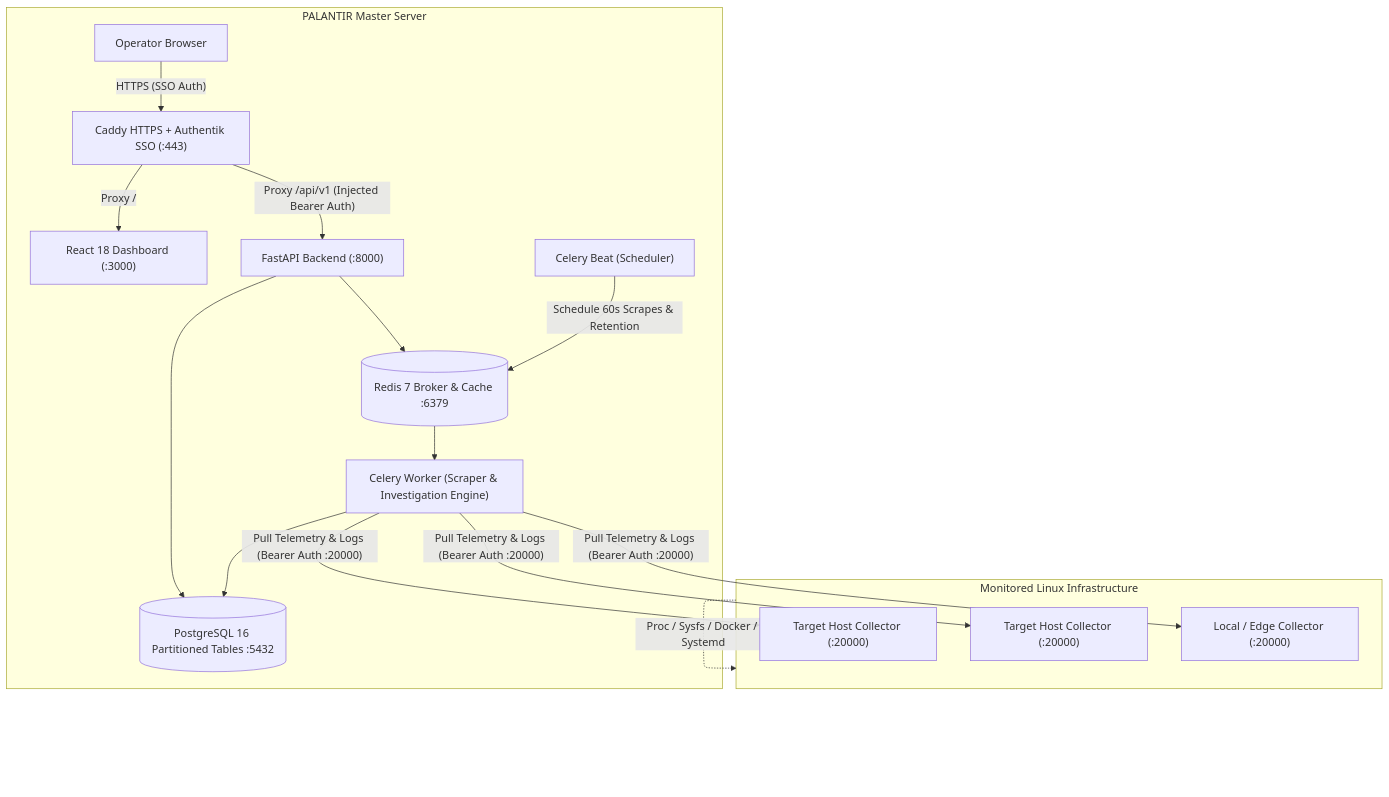
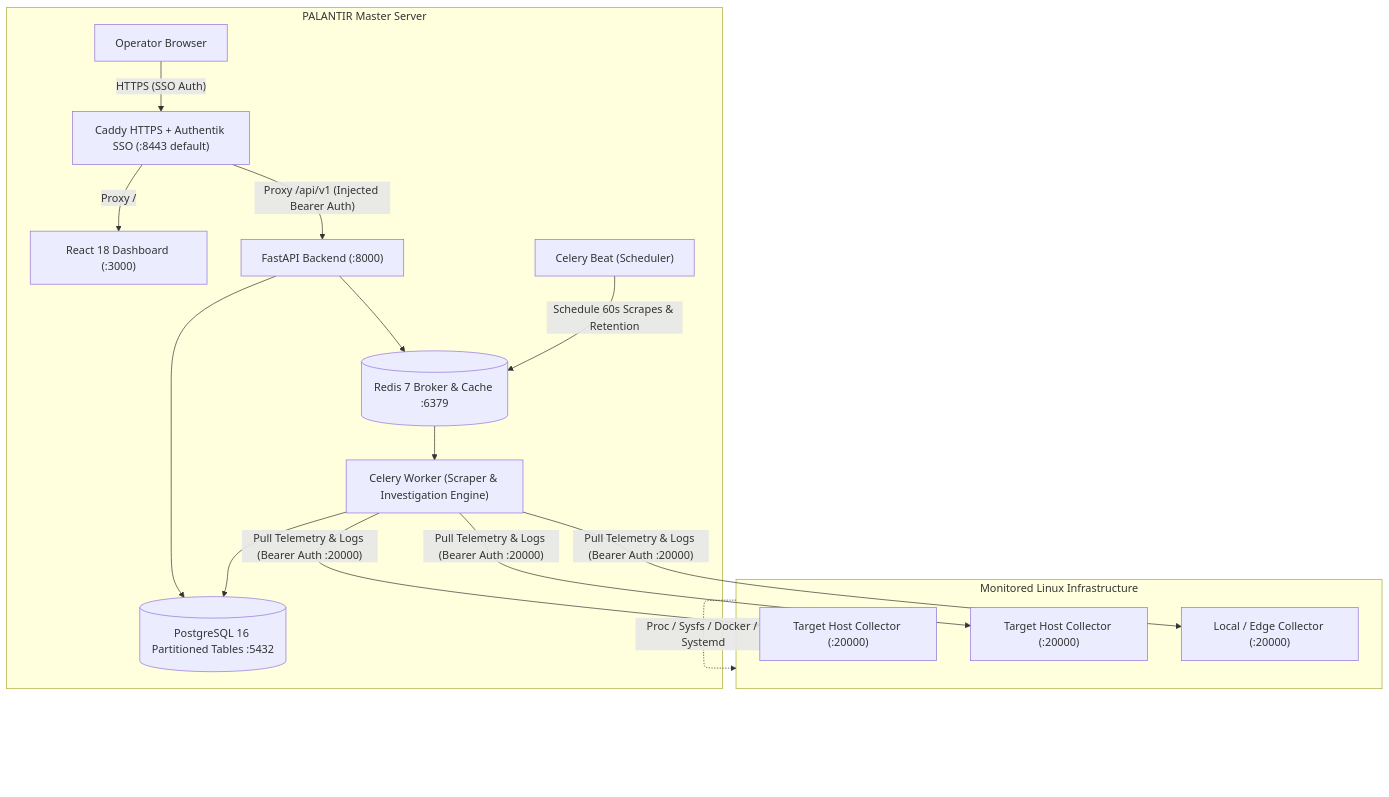
One commit to abdullah-farooqi/PALANTIR changed the diagram in README.md. Above: the diagram before and after it, drawn with Mermaid. The commit also changed other lines of this file and 4 other files, not shown here.

````diff
--- a/README.md
+++ b/README.md
@@ -9,33 +9,33 @@
 ```mermaid
 flowchart TD
     subgraph TargetHosts ["Monitored Linux Infrastructure"]
         Host1["Target Host Collector (:20000)"]
         Host2["Target Host Collector (:20000)"]
         HostN["Local / Edge Collector (:20000)"]
     end
 
     subgraph MasterServer ["PALANTIR Master Server"]
         Browser["Operator Browser"]
-        Caddy["Caddy HTTPS + Authentik SSO (:443)"]
+        Caddy["Caddy HTTPS + Authentik SSO (:8443 default)"]
         UI["React 18 Dashboard (:3000)"]
         API["FastAPI Backend (:8000)"]
         Beat["Celery Beat (Scheduler)"]
         Worker["Celery Worker (Scraper & Investigation Engine)"]
         DB[(PostgreSQL 16 Partitioned Tables :5432)]
         Broker[(Redis 7 Broker & Cache :6379)]
         
         Browser -->|"HTTPS (SSO Auth)"| Caddy
         Caddy -->|"Proxy /"| UI
         Caddy -->|"Proxy /api/v1 (Injected Bearer Auth)"| API
         API --> DB
         API --> Broker
         Beat -->|"Schedule 60s Scrapes & Retention"| Broker
         Broker --> Worker
         Worker --> DB
     end
 
     Worker -->|"Pull Telemetry & Logs (Bearer Auth :20000)"| Host1
     Worker -->|"Pull Telemetry & Logs (Bearer Auth :20000)"| Host2
     Worker -->|"Pull Telemetry & Logs (Bearer Auth :20000)"| HostN
     TargetHosts -.->|"Proc / Sysfs / Docker / Systemd"| TargetHosts
 ```
````
